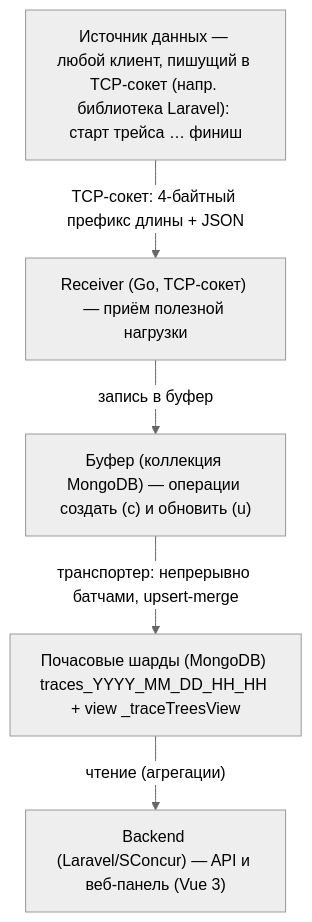
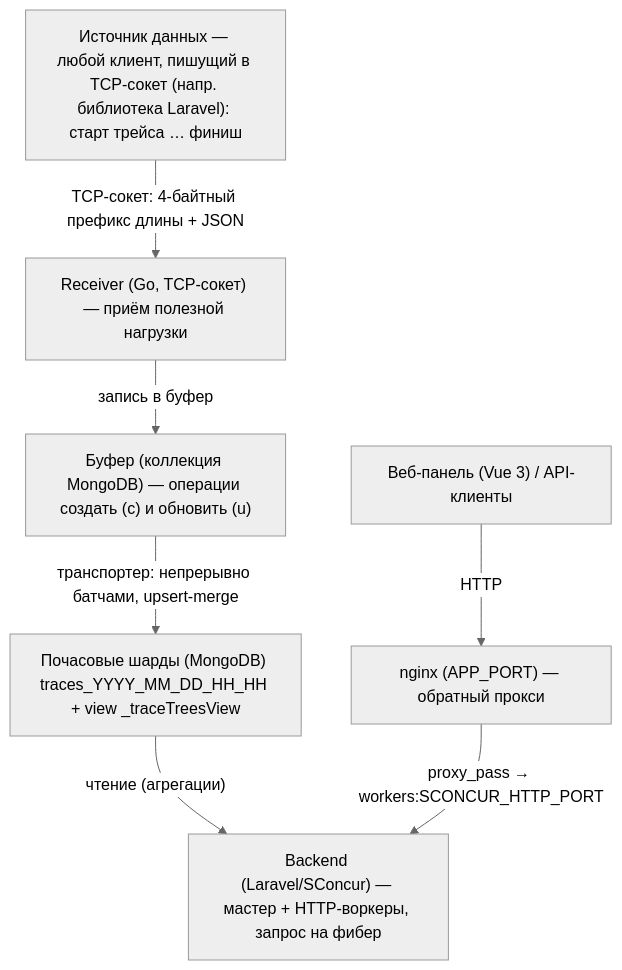
One commit to sprust/slogger changed the diagram in README.ru.md. Above: the diagram before and after it, drawn with Mermaid (neutral theme). The commit also changed other lines of this file and 3 other files, not shown here.

First line of the commit message:
docs(readme): add runtime dashboard details and nginx proxy explanation

````diff
--- a/README.ru.md
+++ b/README.ru.md
@@ -27,12 +28,16 @@
 ```mermaid
 flowchart TB
     src["Источник данных — любой клиент, пишущий в TCP-сокет (напр. библиотека Laravel): старт трейса … финиш"]
     receiver["Receiver (Go, TCP-сокет) — приём полезной нагрузки"]
     buffer["Буфер (коллекция MongoDB) — операции создать (c) и обновить (u)"]
     shards["Почасовые шарды (MongoDB) traces_YYYY_MM_DD_HH_HH + view _traceTreesView"]
-    backend["Backend (Laravel/SConcur) — API и веб-панель (Vue 3)"]
+    backend["Backend (Laravel/SConcur) — мастер + HTTP-воркеры, запрос на фибер"]
+    nginx["nginx (APP_PORT) — обратный прокси"]
+    ui["Веб-панель (Vue 3) / API-клиенты"]
     src -->|"TCP-сокет: 4-байтный префикс длины + JSON"| receiver
     receiver -->|"запись в буфер"| buffer
     buffer -->|"транспортер: непрерывно батчами, upsert-merge"| shards
     shards -->|"чтение (агрегации)"| backend
+    ui -->|"HTTP"| nginx
+    nginx -->|"proxy_pass → workers:SCONCUR_HTTP_PORT"| backend
 ```
````
